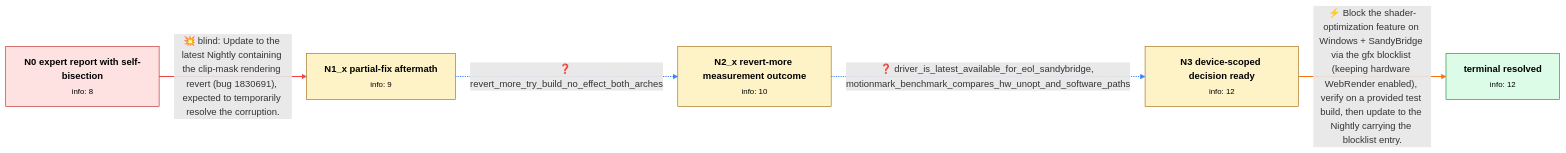
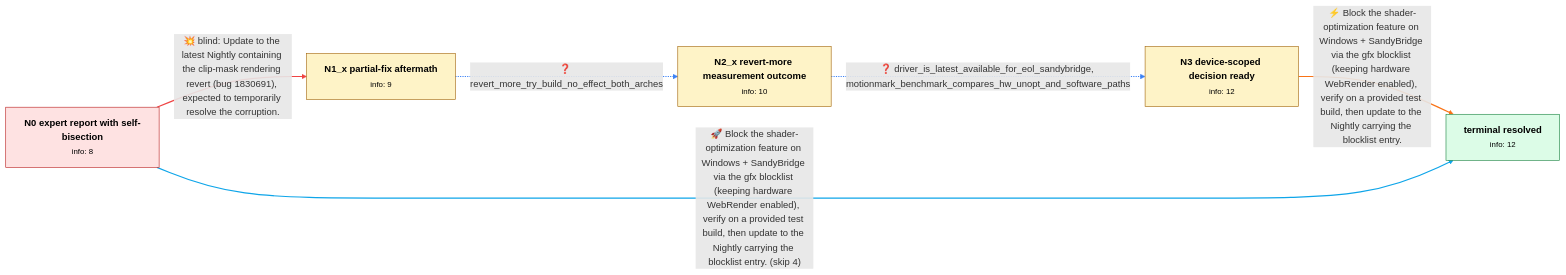
Before and after one commit to Chaoyi-He1/graph_bench: the diagram in data/trial/review/bmo_1829487.md, drawn with Mermaid. The commit also changed other lines of this file and 16 other files, not shown here.

````diff
--- a/data/trial/review/bmo_1829487.md
+++ b/data/trial/review/bmo_1829487.md
@@ -10,24 +10,26 @@
 ```mermaid
 flowchart LR
     N0["<b>N0 expert report with self-bisection</b><br/><small>info: 8</small>"]
     N1_x["<b>N1_x partial-fix aftermath</b><br/><small>info: 9</small>"]
     N2_x["<b>N2_x revert-more measurement outcome</b><br/><small>info: 10</small>"]
     N3["<b>N3 device-scoped decision ready</b><br/><small>info: 12</small>"]
     N_terminal["<b>terminal resolved</b><br/><small>info: 12</small>"]
     N0 ==>|"💥 blind: Update to the latest Nightly containing the clip-mask rendering revert (bug 1830691), expected to temporarily resolve the corruption."| N1_x
     linkStyle 0 stroke:#ef4444,stroke-width:2px
     N1_x -.->|"❓ revert_more_try_build_no_effect_both_arches"| N2_x
     linkStyle 1 stroke:#3b82f6,stroke-width:2px
     N2_x -.->|"❓ driver_is_latest_available_for_eol_sandybridge, motionmark_benchmark_compares_hw_unopt_and_software_paths"| N3
     linkStyle 2 stroke:#3b82f6,stroke-width:2px
     N3 ==>|"⚡ Block the shader-optimization feature on Windows + SandyBridge via the gfx blocklist (keeping hardware WebRender enabled), verify on a provided test build, then update to the Nightly carrying the blocklist entry."| N_terminal
     linkStyle 3 stroke:#f97316,stroke-width:2px
+    N0 ==>|"🚀 Block the shader-optimization feature on Windows + SandyBridge via the gfx blocklist (keeping hardware WebRender enabled), verify on a provided test build, then update to the Nightly carrying the blocklist entry. (skip 4)"| N_terminal
+    linkStyle 4 stroke:#0ea5e9,stroke-width:2px
     class N0 start
     class N1_x normal
     class N2_x normal
     class N3 normal
     class N_terminal terminal
     classDef start fill:#fee2e2,stroke:#b91c1c,color:#000
     classDef terminal fill:#dcfce7,stroke:#15803d,color:#000
     classDef normal fill:#fef3c7,stroke:#a16207,color:#000
 ```
````
